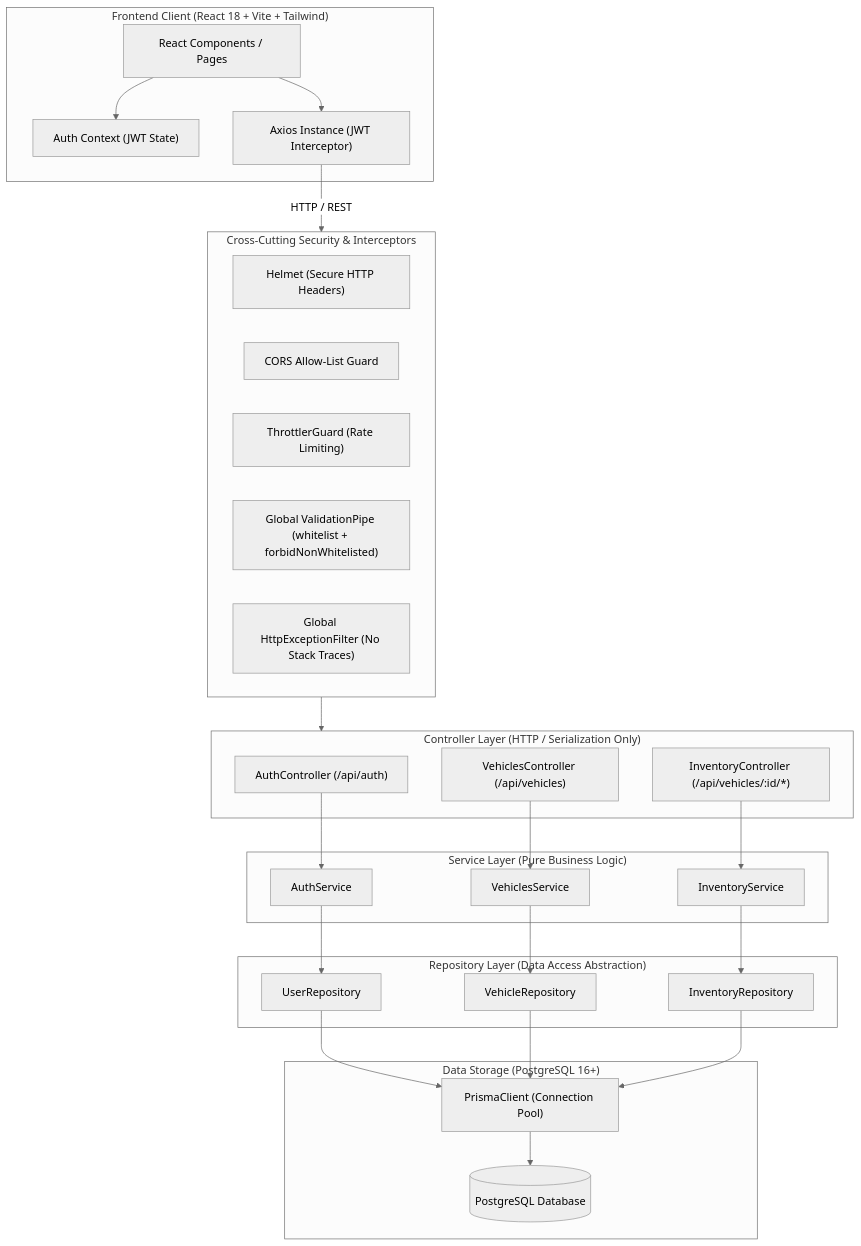
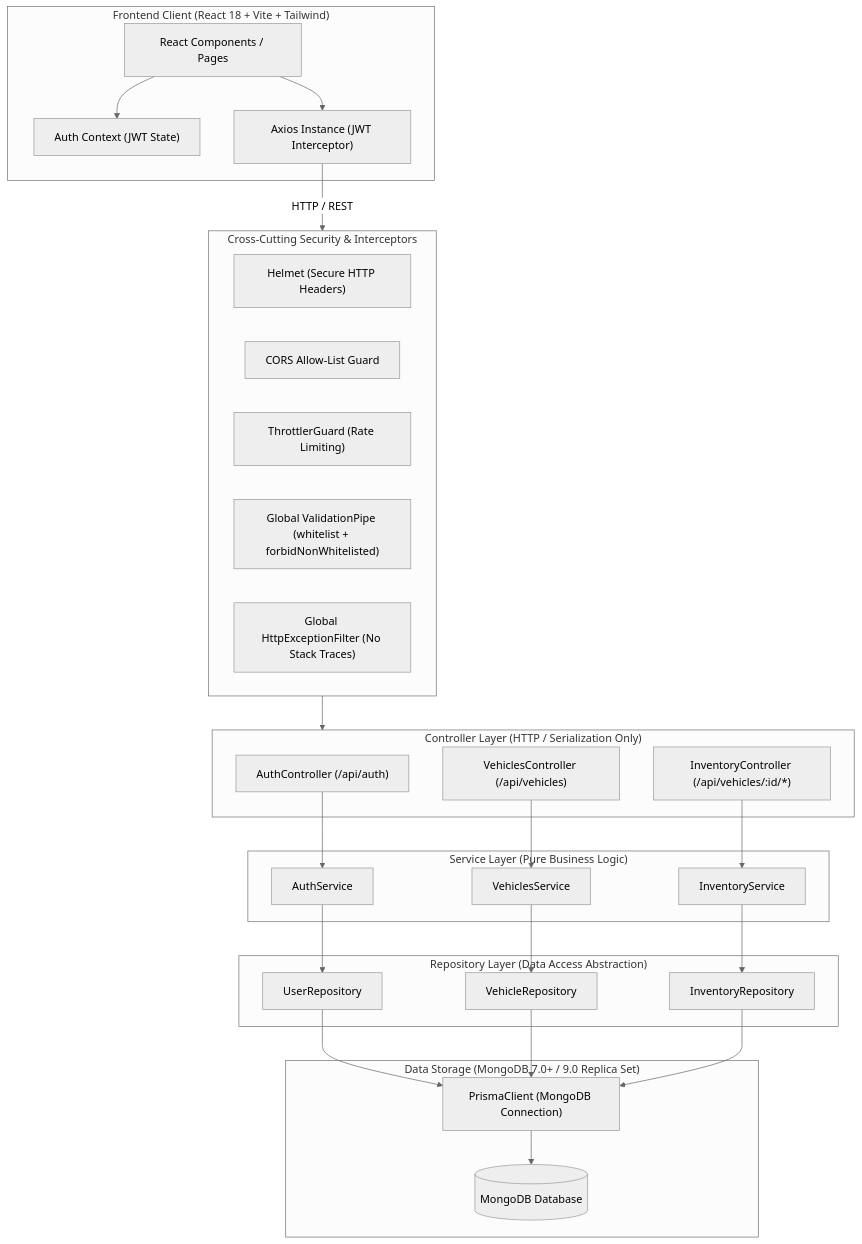
One commit to rushikesh909/Car-Dealership-Inventry changed the first of 3 diagrams in docs/design.md. Above: the diagram before and after it, drawn with Mermaid (neutral theme). The commit also changed 18 other files, not shown here.

First line of the commit message:
feat: transition persistence layer to MongoDB with Prisma ORM

````diff
--- a/docs/design.md
+++ b/docs/design.md
@@ -7,57 +7,57 @@
 ```mermaid
 flowchart TD
     subgraph ClientLayer["Frontend Client (React 18 + Vite + Tailwind)"]
         UI["React Components / Pages"]
         AuthCtx["Auth Context (JWT State)"]
         AxiosClient["Axios Instance (JWT Interceptor)"]
         UI --> AuthCtx
         UI --> AxiosClient
     end
 
     subgraph SecurityMiddleware["Cross-Cutting Security & Interceptors"]
         Helmet["Helmet (Secure HTTP Headers)"]
         CORS["CORS Allow-List Guard"]
         Throttler["ThrottlerGuard (Rate Limiting)"]
         ValPipe["Global ValidationPipe (whitelist + forbidNonWhitelisted)"]
         ExcFilter["Global HttpExceptionFilter (No Stack Traces)"]
     end
 
     subgraph PresentationLayer["Controller Layer (HTTP / Serialization Only)"]
         AuthController["AuthController (/api/auth)"]
         VehiclesController["VehiclesController (/api/vehicles)"]
         InventoryController["InventoryController (/api/vehicles/:id/*)"]
     end
 
     subgraph DomainServiceLayer["Service Layer (Pure Business Logic)"]
         AuthService["AuthService"]
         VehiclesService["VehiclesService"]
         InventoryService["InventoryService"]
     end
 
     subgraph RepositoryLayer["Repository Layer (Data Access Abstraction)"]
         UserRepository["UserRepository"]
         VehicleRepository["VehicleRepository"]
         InventoryRepository["InventoryRepository"]
     end
 
-    subgraph DatabaseLayer["Data Storage (PostgreSQL 16+)"]
-        PrismaService["PrismaClient (Connection Pool)"]
-        PostgresDB[("PostgreSQL Database")]
+    subgraph DatabaseLayer["Data Storage (MongoDB 7.0+ / 9.0 Replica Set)"]
+        PrismaService["PrismaClient (MongoDB Connection)"]
+        MongoDB[("MongoDB Database")]
     end
 
     AxiosClient -->|HTTP / REST| SecurityMiddleware
     SecurityMiddleware --> PresentationLayer
     AuthController --> AuthService
     VehiclesController --> VehiclesService
     InventoryController --> InventoryService
 
     AuthService --> UserRepository
     VehiclesService --> VehicleRepository
     InventoryService --> InventoryRepository
 
     UserRepository --> PrismaService
     VehicleRepository --> PrismaService
     InventoryRepository --> PrismaService
 
-    PrismaService --> PostgresDB
+    PrismaService --> MongoDB
 ```
````
